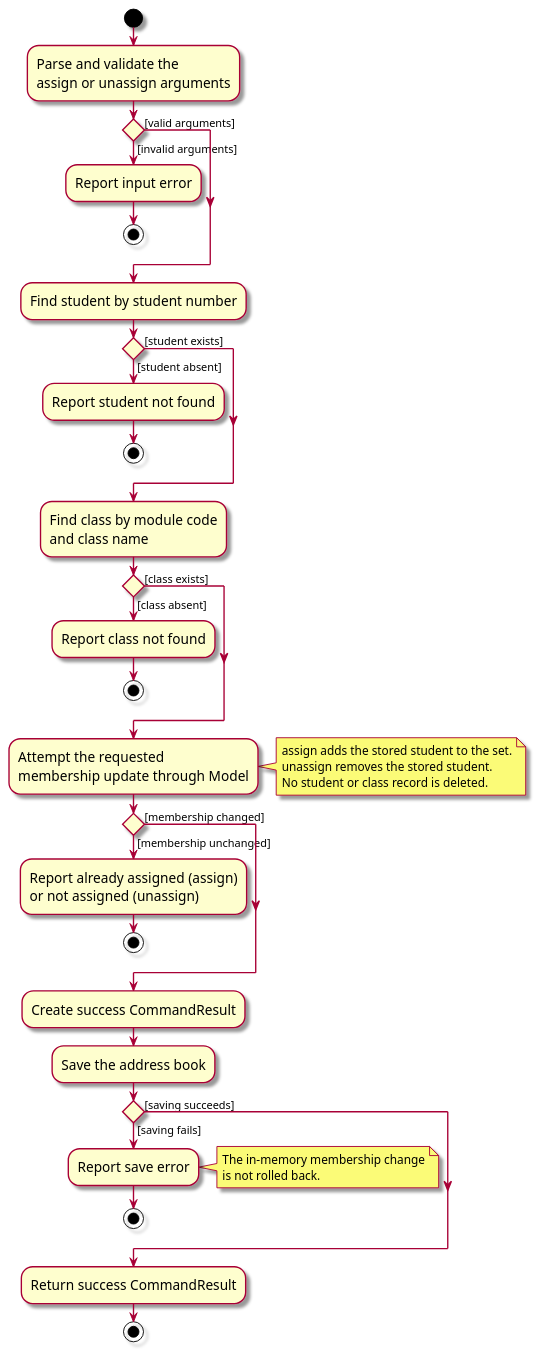
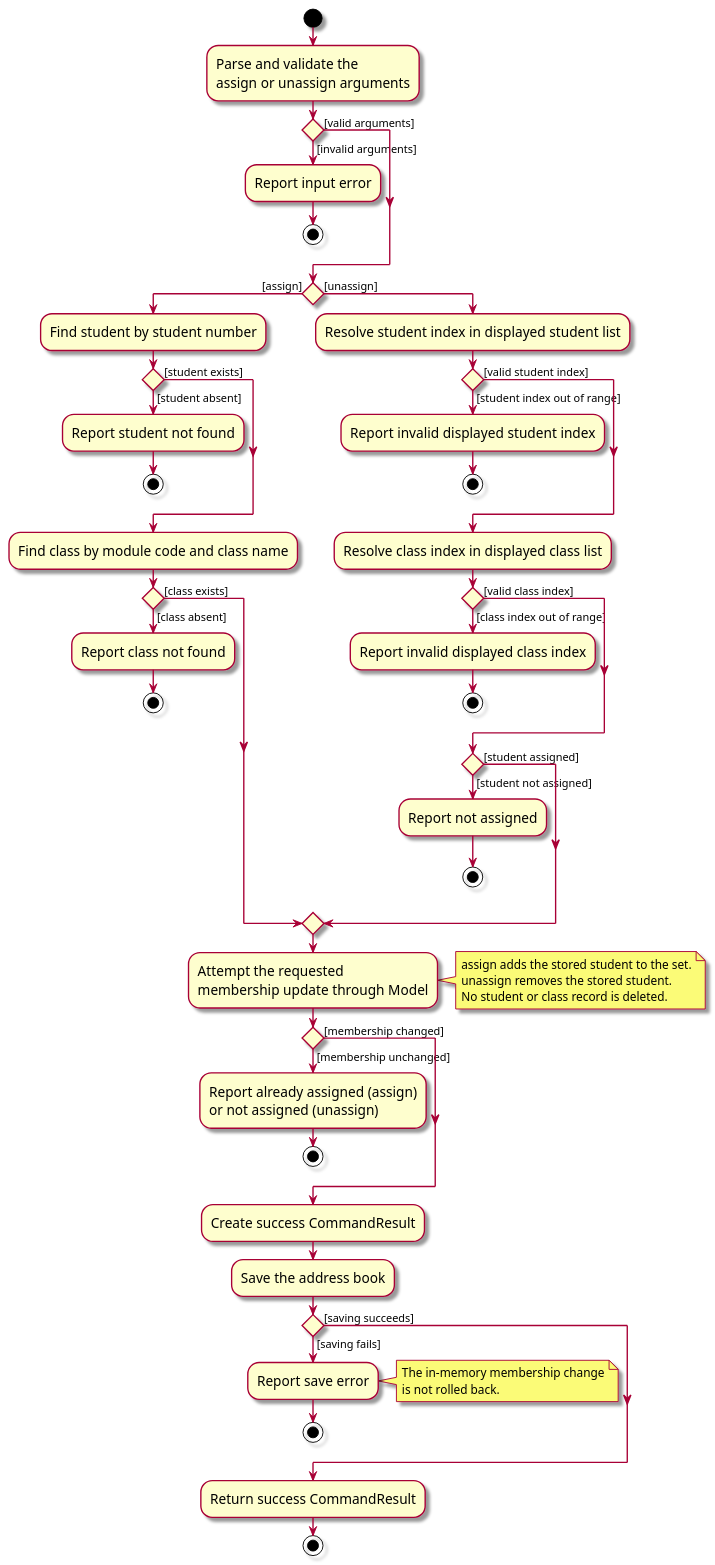
The diagram in docs/diagrams/AssignUnassignActivityDiagram.puml (AY2627S1-CS2103-F10-2/tp), drawn with PlantUML before and after one commit. The commit also changed 12 other files, not shown here.

```diff
--- a/docs/diagrams/AssignUnassignActivityDiagram.puml
+++ b/docs/diagrams/AssignUnassignActivityDiagram.puml
@@ -1,61 +1,79 @@
 @startuml
 skin rose
 skinparam ActivityFontSize 15
 skinparam ArrowFontSize 12
 
 start
 :Parse and validate the
 assign or unassign arguments;
 
 ' Guards are on the outgoing branches, matching CommitActivityDiagram.puml.
 if () then ([invalid arguments])
     :Report input error;
     stop
 else ([valid arguments])
 endif
 
-:Find student by student number;
-if () then ([student absent])
-    :Report student not found;
-    stop
-else ([student exists])
-endif
-
-:Find class by module code
-and class name;
-if () then ([class absent])
-    :Report class not found;
-    stop
-else ([class exists])
+if () then ([assign])
+    :Find student by student number;
+    if () then ([student absent])
+        :Report student not found;
+        stop
+    else ([student exists])
+    endif
+    :Find class by module code and class name;
+    if () then ([class absent])
+        :Report class not found;
+        stop
+    else ([class exists])
+    endif
+else ([unassign])
+    :Resolve student index in displayed student list;
+    if () then ([student index out of range])
+        :Report invalid displayed student index;
+        stop
+    else ([valid student index])
+    endif
+    :Resolve class index in displayed class list;
+    if () then ([class index out of range])
+        :Report invalid displayed class index;
+        stop
+    else ([valid class index])
+    endif
+    if () then ([student not assigned])
+        :Report not assigned;
+        stop
+    else ([student assigned])
+    endif
 endif
 
 :Attempt the requested
 membership update through Model;
 note right
 assign adds the stored student to the set.
 unassign removes the stored student.
 No student or class record is deleted.
 end note
 
 if () then ([membership unchanged])
     :Report already assigned (assign)
     or not assigned (unassign);
     stop
 else ([membership changed])
 endif
 
 :Create success CommandResult;
 :Save the address book;
 if () then ([saving fails])
     :Report save error;
     note right
     The in-memory membership change
     is not rolled back.
     end note
     stop
 else ([saving succeeds])
 endif
 
 :Return success CommandResult;
 stop
 @enduml
```
